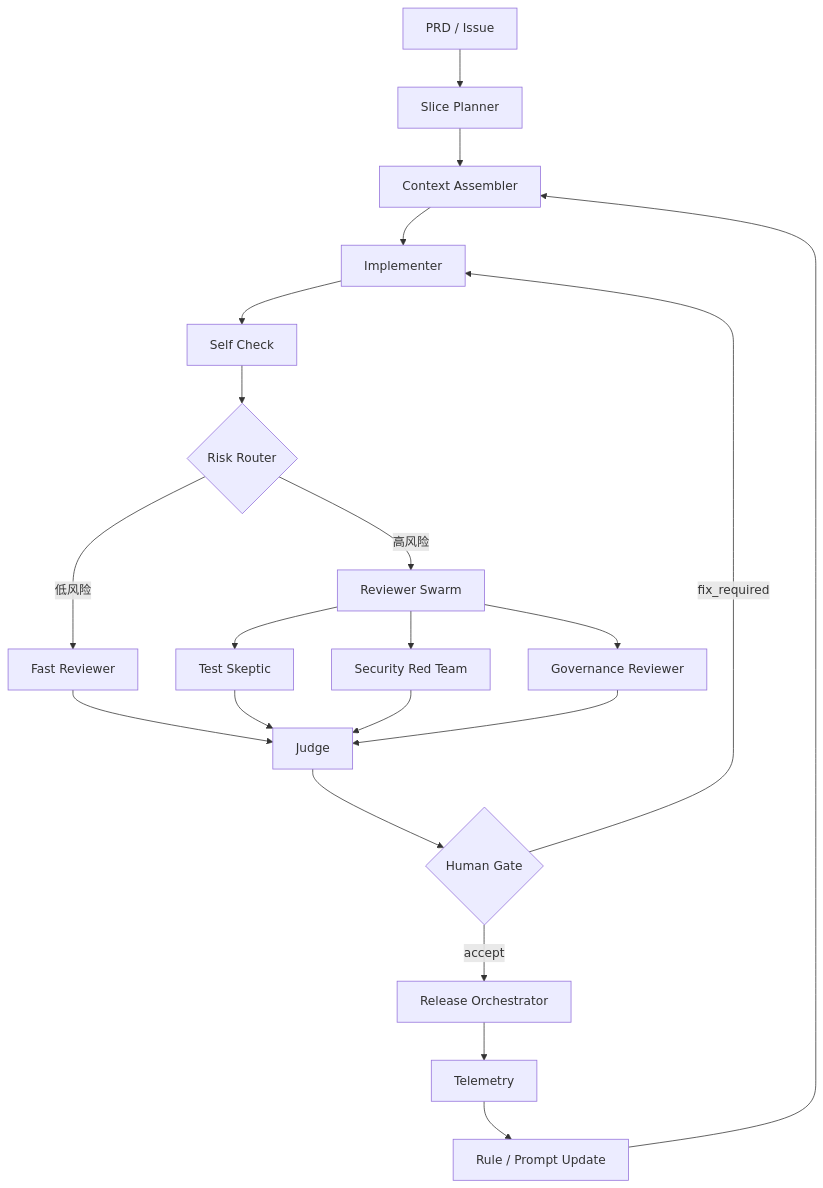
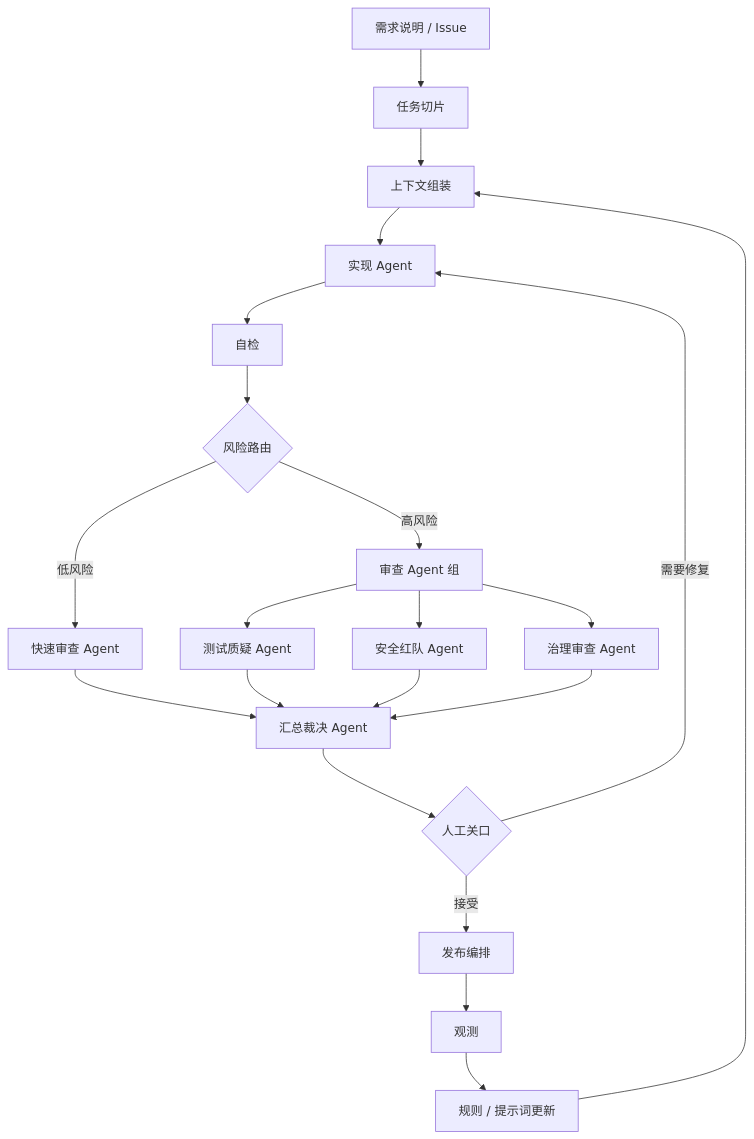
The diagram in docs/harness/ai-coding-harness.md (limecloud/aicoding), drawn with Mermaid before and after one commit. The commit also changed other lines of this file and 60 other files, not shown here.

````diff
--- a/docs/harness/ai-coding-harness.md
+++ b/docs/harness/ai-coding-harness.md
@@ -7,23 +7,23 @@
 ```mermaid
 flowchart TD
-  A[PRD / Issue] --> B[Slice Planner]
-  B --> C[Context Assembler]
-  C --> D[Implementer]
-  D --> E[Self Check]
-  E --> F{Risk Router}
-  F -->|低风险| G[Fast Reviewer]
-  F -->|高风险| H[Reviewer Swarm]
-  H --> I[Test Skeptic]
-  H --> J[Security Red Team]
-  H --> K[Governance Reviewer]
-  G --> L[Judge]
+  A[需求说明 / Issue] --> B[任务切片]
+  B --> C[上下文组装]
+  C --> D[实现 Agent]
+  D --> E[自检]
+  E --> F{风险路由}
+  F -->|低风险| G[快速审查 Agent]
+  F -->|高风险| H[审查 Agent 组]
+  H --> I[测试质疑 Agent]
+  H --> J[安全红队 Agent]
+  H --> K[治理审查 Agent]
+  G --> L[汇总裁决 Agent]
   I --> L
   J --> L
   K --> L
-  L --> M{Human Gate}
-  M -->|fix_required| D
-  M -->|accept| N[Release Orchestrator]
-  N --> O[Telemetry]
-  O --> P[Rule / Prompt Update]
+  L --> M{人工关口}
+  M -->|需要修复| D
+  M -->|接受| N[发布编排]
+  N --> O[观测]
+  O --> P[规则 / 提示词更新]
   P --> C
 ```
````
